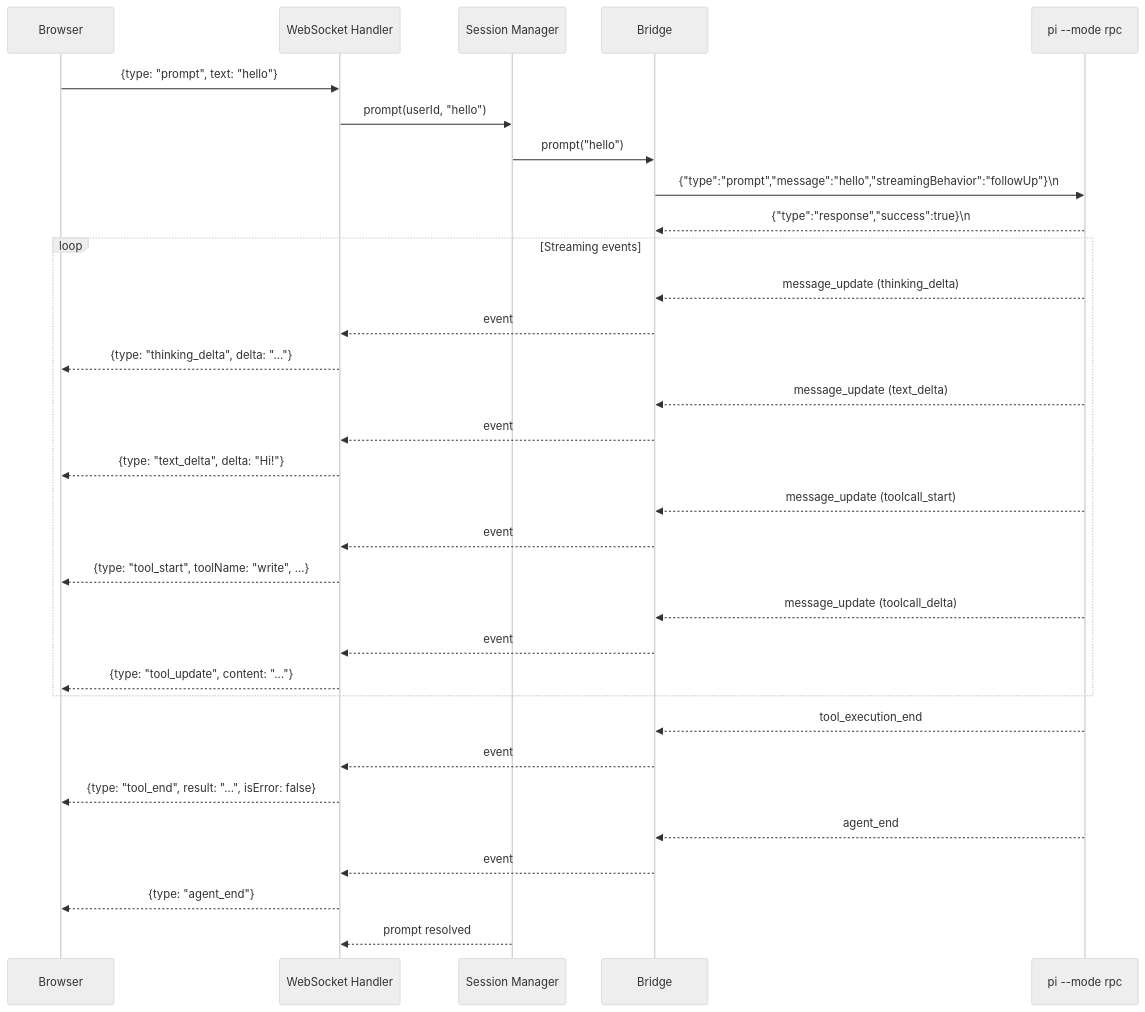
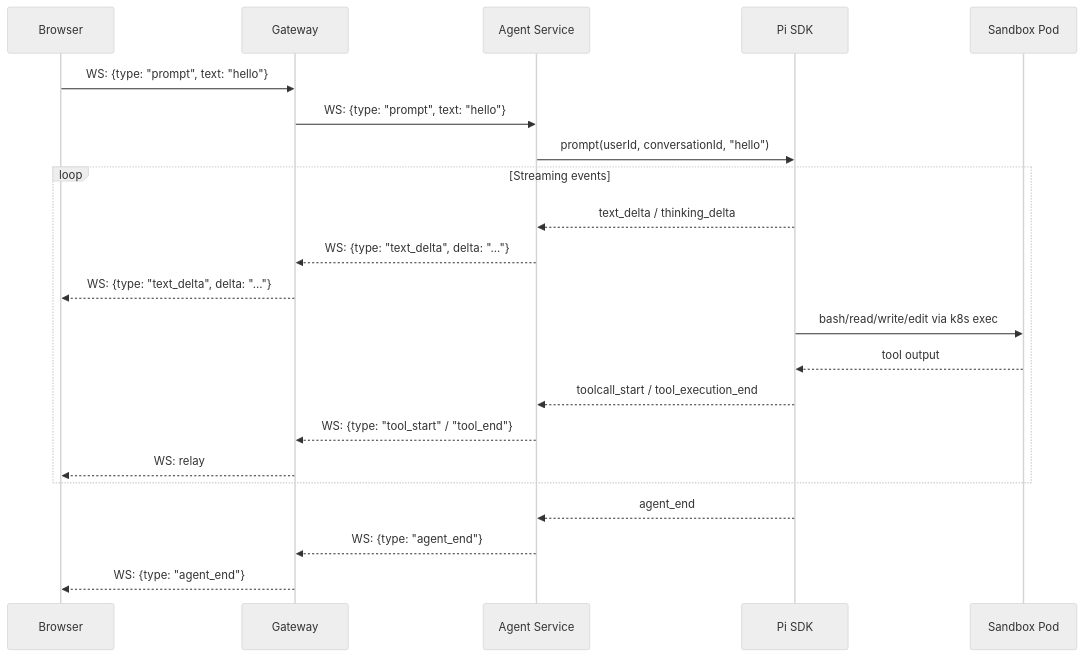
The first of 5 diagrams in docs/architecture/data-flow.md (sigilmakes/goldilocks-app), drawn with Mermaid (neutral theme) before and after one commit. The commit also changed other lines of this file and 7 other files, not shown here.

First line of the commit message:
docs: rewrite architecture docs for agent-service topology

````diff
--- a/docs/architecture/data-flow.md
+++ b/docs/architecture/data-flow.md
@@ -5,43 +5,28 @@
 ```mermaid
 sequenceDiagram
     participant UI as Browser
-    participant WS as WebSocket Handler
-    participant SM as Session Manager
-    participant B as Bridge
-    participant Pi as pi --mode rpc
+    participant GW as Gateway
+    participant AS as Agent Service
+    participant SDK as Pi SDK
+    participant Pod as Sandbox Pod
 
-    UI->>WS: {type: "prompt", text: "hello"}
-    WS->>SM: prompt(userId, "hello")
-    SM->>B: prompt("hello")
-    B->>Pi: {"type":"prompt","message":"hello","streamingBehavior":"followUp"}\n
-
-    Pi-->>B: {"type":"response","success":true}\n
+    UI->>GW: WS: {type: "prompt", text: "hello"}
+    GW->>AS: WS: {type: "prompt", text: "hello"}
+    AS->>SDK: prompt(userId, conversationId, "hello")
 
     loop Streaming events
-        Pi-->>B: message_update (thinking_delta)
-        B-->>WS: event
-        WS-->>UI: {type: "thinking_delta", delta: "..."}
+        SDK-->>AS: text_delta / thinking_delta
+        AS-->>GW: WS: {type: "text_delta", delta: "..."}
+        GW-->>UI: WS: {type: "text_delta", delta: "..."}
 
-        Pi-->>B: message_update (text_delta)
-        B-->>WS: event
-        WS-->>UI: {type: "text_delta", delta: "Hi!"}
-
-        Pi-->>B: message_update (toolcall_start)
-        B-->>WS: event
-        WS-->>UI: {type: "tool_start", toolName: "write", ...}
-
-        Pi-->>B: message_update (toolcall_delta)
-        B-->>WS: event
-        WS-->>UI: {type: "tool_update", content: "..."}
+        SDK->>Pod: bash/read/write/edit via k8s exec
+        Pod-->>SDK: tool output
+        SDK-->>AS: toolcall_start / tool_execution_end
+        AS-->>GW: WS: {type: "tool_start" / "tool_end"}
+        GW-->>UI: WS: relay
     end
 
-    Pi-->>B: tool_execution_end
-    B-->>WS: event
-    WS-->>UI: {type: "tool_end", result: "...", isError: false}
-
-    Pi-->>B: agent_end
-    B-->>WS: event
-    WS-->>UI: {type: "agent_end"}
-
-    SM-->>WS: prompt resolved
+    SDK-->>AS: agent_end
+    AS-->>GW: WS: {type: "agent_end"}
+    GW-->>UI: WS: {type: "agent_end"}
 ```
````
